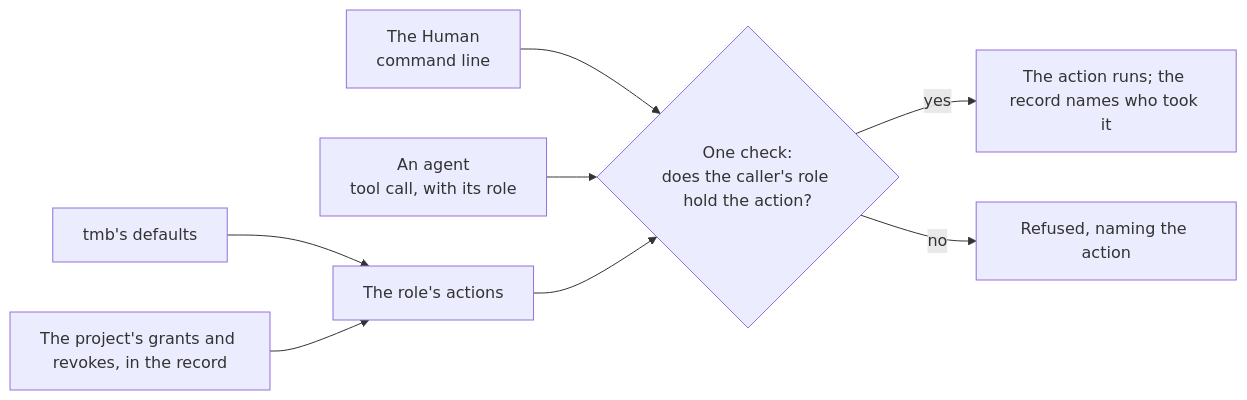
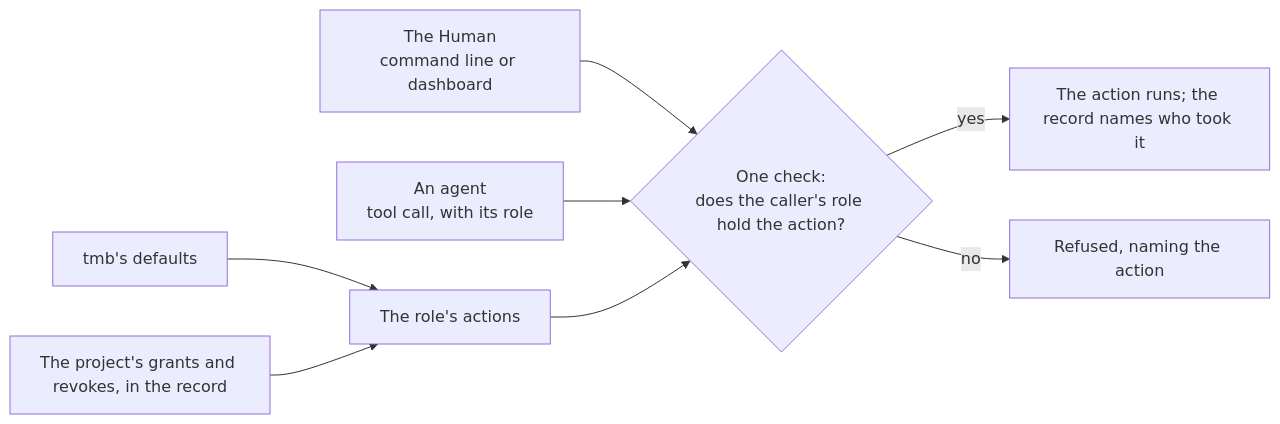
One commit to trustmybot/tmb changed the first of 2 diagrams in docs/architecture/PERMISSIONS.md. Above: the diagram before and after it, drawn with Mermaid. The commit also changed other lines of this file and 18 other files, not shown here.

````diff
--- a/docs/architecture/PERMISSIONS.md
+++ b/docs/architecture/PERMISSIONS.md
@@ -5,10 +5,10 @@
 ```mermaid
 flowchart LR
-    H["The Human<br/>command line"] --> C{"One check:<br/>does the caller's role hold the action?"}
+    H["The Human<br/>command line or dashboard"] --> C{"One check:<br/>does the caller's role hold the action?"}
     A["An agent<br/>tool call, with its role"] --> C
     D["tmb's defaults"] --> S["The role's actions"]
     G["The project's grants and revokes, in the record"] --> S
     S --> C
     C -- yes --> R["The action runs; the record names who took it"]
     C -- no --> X["Refused, naming the action"]
 ```
````
